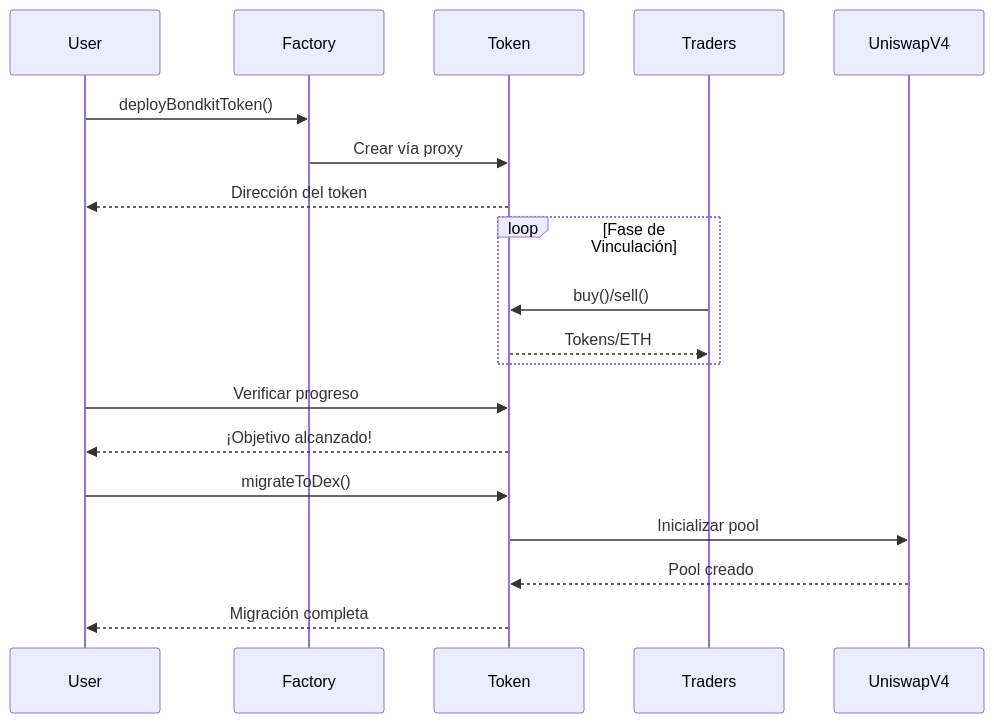
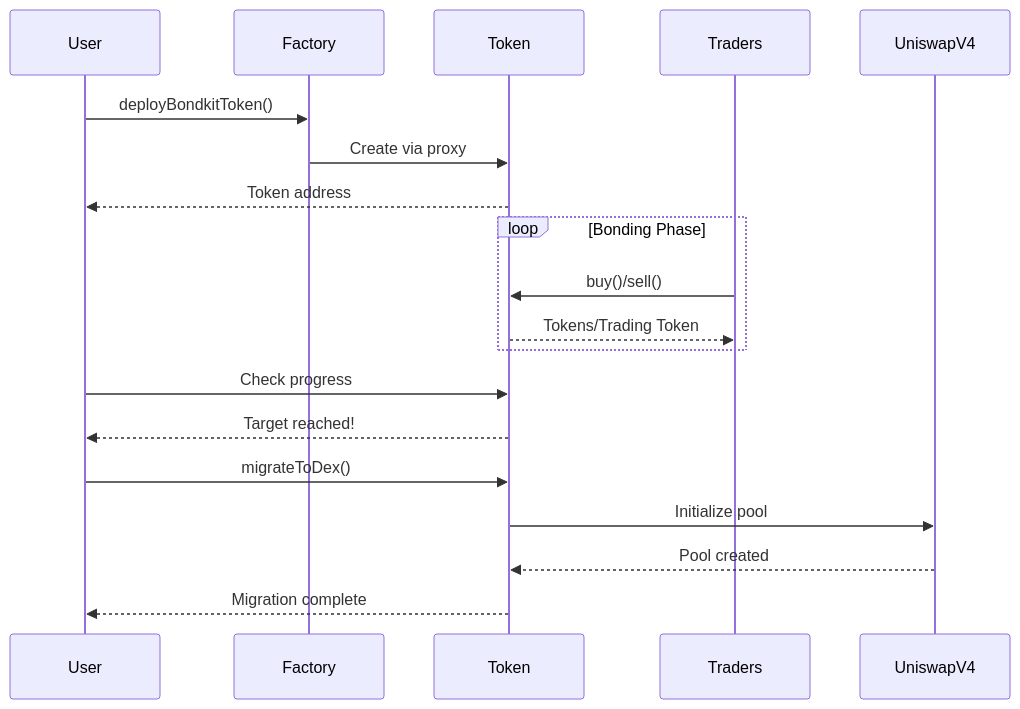
Before and after one commit to b3-fun/b3: the diagram in docs/es/bondkit/quickstart.mdx, drawn with Mermaid. The commit also changed other lines of this file and 52 other files, not shown here.

````diff
--- a/docs/es/bondkit/quickstart.mdx
+++ b/docs/es/bondkit/quickstart.mdx
@@ -22,25 +22,25 @@
 ```mermaid
 sequenceDiagram
     participant User
     participant Factory
     participant Token
     participant Traders
     participant UniswapV4
     
     User->>Factory: deployBondkitToken()
-    Factory->>Token: Crear vía proxy
-    Token-->>User: Dirección del token
+    Factory->>Token: Create via proxy
+    Token-->>User: Token address
     
-    loop Fase de Vinculación
+    loop Bonding Phase
         Traders->>Token: buy()/sell()
-        Token-->>Traders: Tokens/ETH
+        Token-->>Traders: Tokens/Trading Token
     end
     
-    User->>Token: Verificar progreso
-    Token-->>User: ¡Objetivo alcanzado!
+    User->>Token: Check progress
+    Token-->>User: Target reached!
     
     User->>Token: migrateToDex()
-    Token->>UniswapV4: Inicializar pool
-    UniswapV4-->>Token: Pool creado
-    Token-->>User: Migración completa
+    Token->>UniswapV4: Initialize pool
+    UniswapV4-->>Token: Pool created
+    Token-->>User: Migration complete
 ```
````
